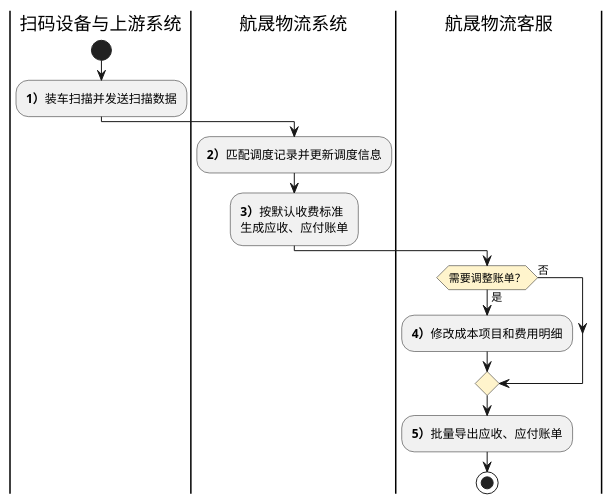
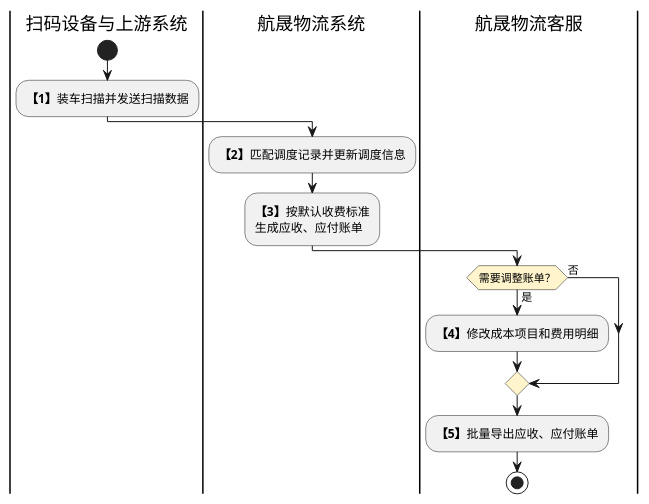
One commit to jack888332/projects-doc changed the third of 3 diagrams in product-caliber/goldjet/segmented-prd/PRD.高捷物流系统一期.第033篇.DDP跨模块作业与结算流程.7579B595B8.md. Above: the diagram before and after it, drawn with PlantUML. The commit also changed other lines of this file and 12 other files, not shown here.

Commit message:
完善DSL图

````diff
--- a/product-caliber/goldjet/segmented-prd/PRD.高捷物流系统一期.第033篇.DDP跨模块作业与结算流程.7579B595B8.md
+++ b/product-caliber/goldjet/segmented-prd/PRD.高捷物流系统一期.第033篇.DDP跨模块作业与结算流程.7579B595B8.md
@@ -149,18 +150,18 @@
 ```plantuml
 @startuml goldjet-033-transit-billing
 skinparam activityDiamondBackgroundColor #FFF4CC
 |扫码设备与上游系统|
 start
-:**1）**装车扫描并发送扫描数据;
+:**【1】**装车扫描并发送扫描数据;
 |航晟物流系统|
-:**2）**匹配调度记录并更新调度信息;
-:**3）**按默认收费标准\n生成应收、应付账单;
+:**【2】**匹配调度记录并更新调度信息;
+:**【3】**按默认收费标准\n生成应收、应付账单;
 |航晟物流客服|
 if (需要调整账单？) then (是)
-  :**4）**修改成本项目和费用明细;
+  :**【4】**修改成本项目和费用明细;
 else (否)
 endif
-:**5）**批量导出应收、应付账单;
+:**【5】**批量导出应收、应付账单;
 stop
 @enduml
 ```
````
